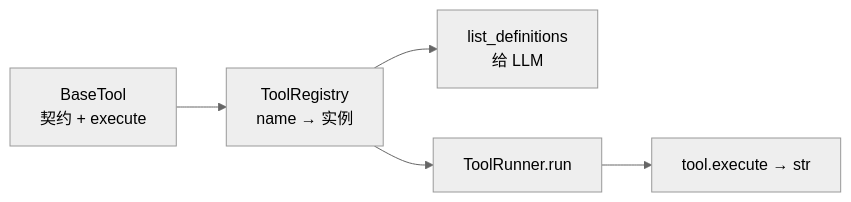
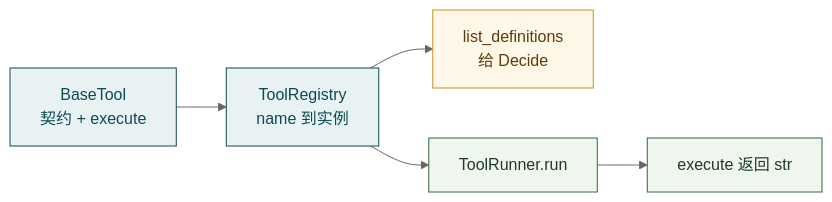
The first of 2 diagrams in docs/modules/tools.md (Zhong-y-j/Hubloom), drawn with Mermaid (neutral theme) before and after one commit. The commit also changed other lines of this file, not shown here.

Commit message:
重写 Tools 模块导读，对齐 Decide/act 执行面与元工具边界。

````diff
--- a/docs/modules/tools.md
+++ b/docs/modules/tools.md
@@ -45,7 +52,15 @@
 ```mermaid
 flowchart LR
-  BT["BaseTool\n契约 + execute"] --> REG["ToolRegistry\nname → 实例"]
-  REG --> DEF["list_definitions\n给 LLM"]
+  BT["BaseTool<br/>契约 + execute"] --> REG["ToolRegistry<br/>name 到实例"]
+  REG --> DEF["list_definitions<br/>给 Decide"]
   REG --> RUN["ToolRunner.run"]
-  RUN --> EX["tool.execute → str"]
+  RUN --> EX["execute 返回 str"]
+
+  classDef frame fill:#e8f2f3,stroke:#0e4a52,color:#0e4a52
+  classDef out fill:#fff7e8,stroke:#c4922a,color:#5c3d0a
+  classDef run fill:#eef6ee,stroke:#2f6b3a,color:#1e3d24
+
+  class BT,REG frame
+  class DEF out
+  class RUN,EX run
 ```
````
